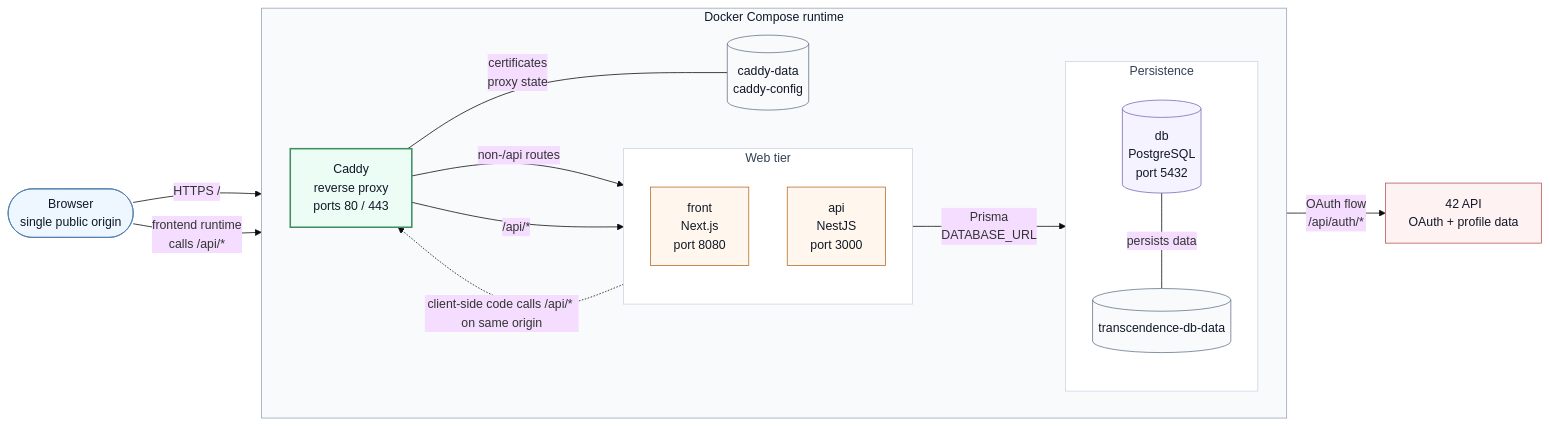
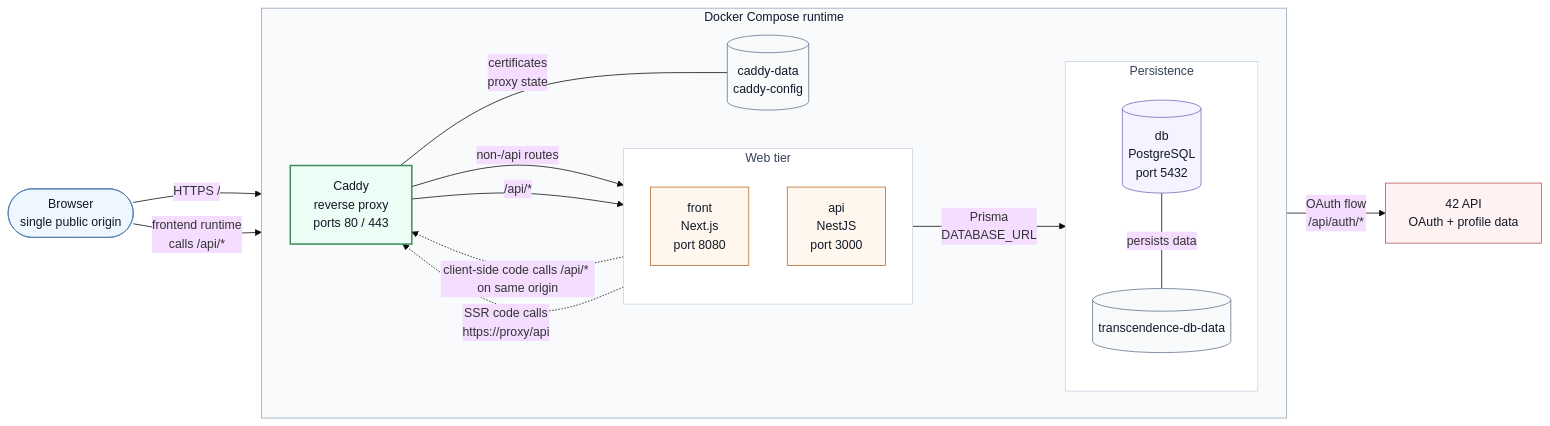
One commit to bzalugas/Transcendence changed the first of 2 diagrams in README.md. Above: the diagram before and after it, drawn with Mermaid (base theme). The commit also changed other lines of this file and 11 other files, not shown here.

````diff
--- a/README.md
+++ b/README.md
@@ -111,56 +120,57 @@
 ```mermaid
 flowchart LR
   Browser(["Browser<br/>single public origin"])
   FortyTwo["42 API<br/>OAuth + profile data"]
 
   subgraph Runtime["Docker Compose runtime"]
     direction LR
 
     Proxy["Caddy<br/>reverse proxy<br/>ports 80 / 443"]
 
     subgraph Web["Web tier"]
       direction TB
       Front["front<br/>Next.js<br/>port 8080"]
       Api["api<br/>NestJS<br/>port 3000"]
     end
 
     subgraph Persistence["Persistence"]
       direction TB
       Db[("db<br/>PostgreSQL<br/>port 5432")]
       DbVolume[("transcendence-db-data")]
     end
 
     CaddyState[("caddy-data<br/>caddy-config")]
   end
 
   Browser -->|"HTTPS /"| Proxy
   Browser -->|"frontend runtime<br/>calls /api/*"| Proxy
 
   Proxy -->|"non-/api routes"| Front
   Proxy -->|"/api/*"| Api
   Front -. "client-side code calls /api/* on same origin" .-> Proxy
+  Front -. "SSR code calls<br/>https://proxy/api" .-> Proxy
 
   Api -->|"Prisma<br/>DATABASE_URL"| Db
   Api -->|"OAuth flow<br/>/api/auth/*"| FortyTwo
 
   Db ---|"persists data"| DbVolume
   Proxy ---|"certificates<br/>proxy state"| CaddyState
 
   classDef client fill:#eef6ff,stroke:#4f7ead,color:#111827,stroke-width:1px
   classDef proxy fill:#ecfdf5,stroke:#3f8f62,color:#111827,stroke-width:2px
   classDef app fill:#fff7ed,stroke:#b56a28,color:#111827,stroke-width:1px
   classDef data fill:#f5f3ff,stroke:#7c65b7,color:#111827,stroke-width:1px
   classDef volume fill:#f8fafc,stroke:#64748b,color:#111827,stroke-width:1px
   classDef external fill:#fef2f2,stroke:#b45454,color:#111827,stroke-width:1px
 
   class Browser client
   class Proxy proxy
   class Front,Api app
   class Db data
   class DbVolume,CaddyState volume
   class FortyTwo external
 
   style Runtime fill:#f8fafc,stroke:#94a3b8,color:#0f172a
   style Web fill:#ffffff,stroke:#cbd5e1,color:#334155
   style Persistence fill:#ffffff,stroke:#cbd5e1,color:#334155
 ```
````
